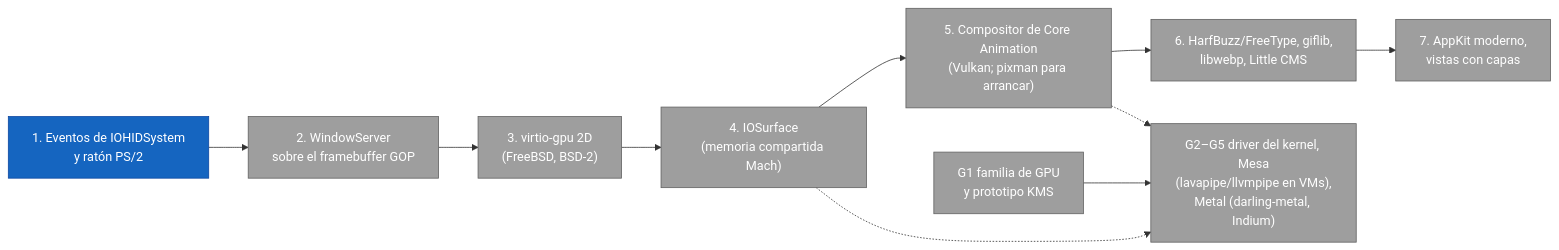
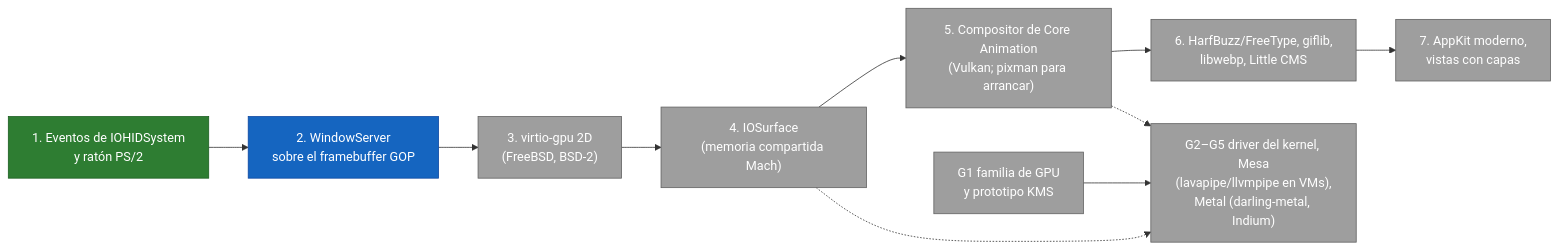
The fourth of 4 diagrams in Docs/Progress.es.md (minkaros/minkar), drawn with Mermaid before and after one commit. The commit also changed other lines of this file and 5 other files, not shown here.

First line of the commit message:
Docs: WS0 state (IOHIDSystem delivery, PS/2 mouse, WindowServer input)

````diff
--- a/Docs/Progress.es.md
+++ b/Docs/Progress.es.md
@@ -124,20 +124,21 @@
 ```mermaid
 flowchart LR
-    S1["1. Eventos de IOHIDSystem<br/>y ratón PS/2"]:::next
-    S2["2. WindowServer<br/>sobre el framebuffer GOP"]:::todo
+    S1["1. Eventos de IOHIDSystem<br/>y ratón PS/2"]:::done
+    S2["2. WindowServer<br/>sobre el framebuffer GOP"]:::next
     S3["3. virtio-gpu 2D<br/>(FreeBSD, BSD-2)"]:::todo
     S4["4. IOSurface<br/>(memoria compartida Mach)"]:::todo
     S5["5. Compositor de Core Animation<br/>(Vulkan; pixman para arrancar)"]:::todo
     S6["6. HarfBuzz/FreeType, giflib,<br/>libwebp, Little CMS"]:::todo
     S7["7. AppKit moderno,<br/>vistas con capas"]:::todo
     S1 --> S2 --> S3 --> S4 --> S5 --> S6 --> S7
 
     G1["G1 familia de GPU<br/>y prototipo KMS"]:::todo
     G2["G2–G5 driver del kernel, Mesa<br/>(lavapipe/llvmpipe en VMs),<br/>Metal (darling-metal, Indium)"]:::todo
     G1 --> G2
     S4 -.-> G2
     S5 -.-> G2
 
+    classDef done fill:#2e7d32,stroke:#1b5e20,color:#fff
     classDef next fill:#1565c0,stroke:#0d47a1,color:#fff
     classDef todo fill:#9e9e9e,stroke:#616161,color:#fff
 ```
````
